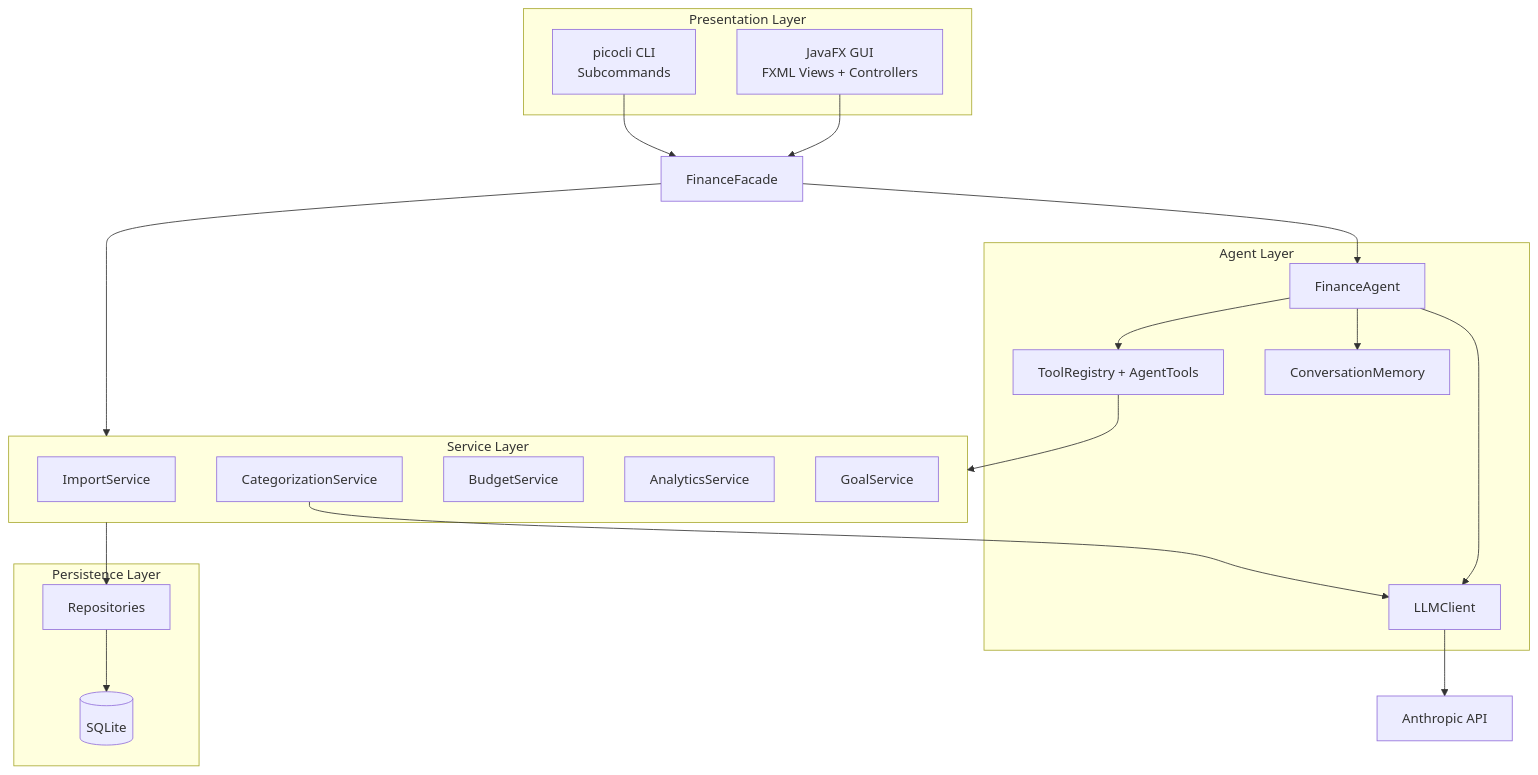
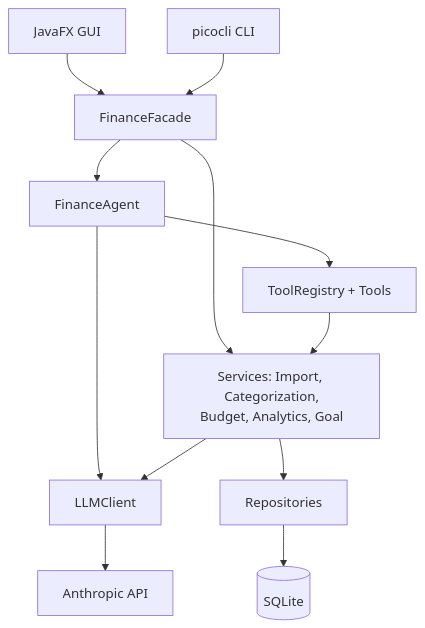
One commit to Abdi238/EECS3311-course-project changed the first of 12 diagrams in docs/Stage1_Report.md. Above: the diagram before and after it, drawn with Mermaid. The commit also changed other lines of this file, not shown here.

````diff
--- a/docs/Stage1_Report.md
+++ b/docs/Stage1_Report.md
@@ -111,39 +68,14 @@
 ```mermaid
 flowchart TB
-    subgraph P[Presentation Layer]
-        GUI[JavaFX GUI<br/>FXML Views + Controllers]
-        CLI[picocli CLI<br/>Subcommands]
-    end
-    FAC[FinanceFacade]
-    subgraph S[Service Layer]
-        IMP[ImportService]
-        CAT[CategorizationService]
-        BUD[BudgetService]
-        ANA[AnalyticsService]
-        GOA[GoalService]
-    end
-    subgraph A[Agent Layer]
-        AG[FinanceAgent]
-        TR[ToolRegistry + AgentTools]
-        MEM[ConversationMemory]
-        LLM[LLMClient]
-    end
-    subgraph D[Persistence Layer]
-        REPO[Repositories]
-        DB[(SQLite)]
-    end
-    EXT[Anthropic API]
-
-    GUI --> FAC
-    CLI --> FAC
-    FAC --> S
-    FAC --> AG
-    AG --> TR
-    AG --> MEM
-    AG --> LLM
-    TR --> S
-    CAT --> LLM
-    LLM --> EXT
-    S --> REPO
-    REPO --> DB
+    GUI[JavaFX GUI] --> FAC[FinanceFacade]
+    CLI[picocli CLI] --> FAC
+    FAC --> SVC[Services: Import, Categorization,<br/>Budget, Analytics, Goal]
+    FAC --> AG[FinanceAgent]
+    AG --> TOOLS[ToolRegistry + Tools]
+    TOOLS --> SVC
+    AG --> LLM[LLMClient]
+    SVC --> LLM
+    LLM --> API[Anthropic API]
+    SVC --> REPO[Repositories]
+    REPO --> DB[(SQLite)]
 ```
````
